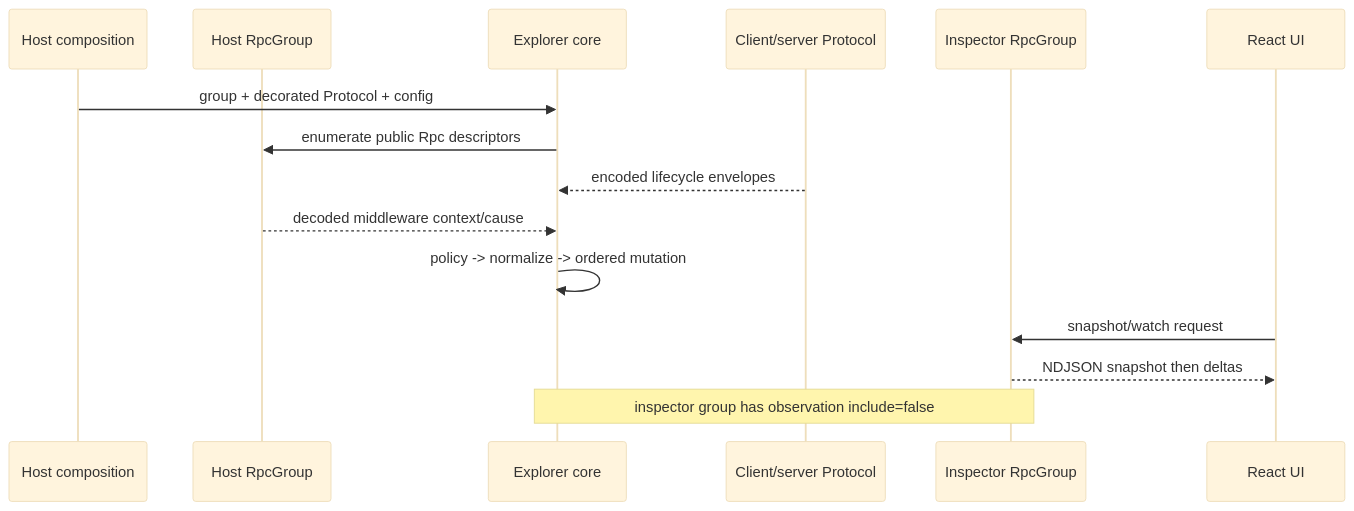
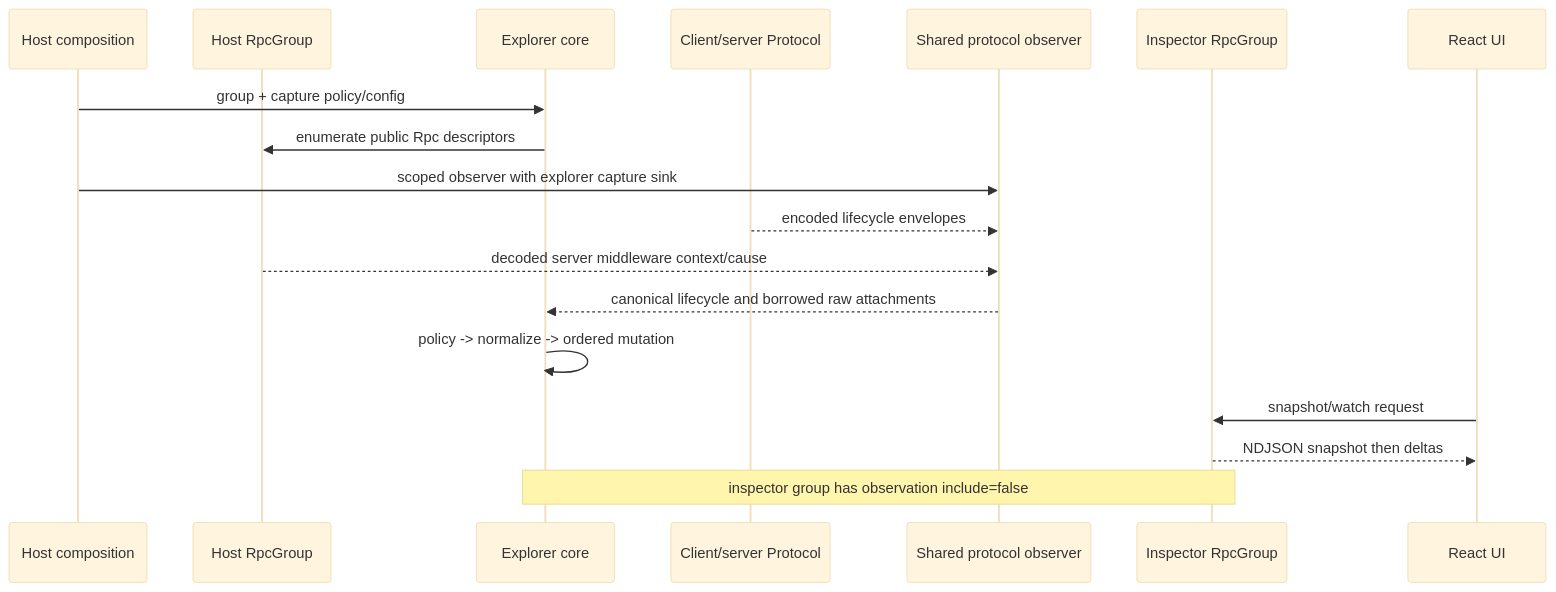
One commit to overengineeringstudio/effect-utils changed the diagram in context/effect-rpc-explorer/spec.md. Above: the diagram before and after it, drawn with Mermaid (base theme). The commit also changed other lines of this file and 161 other files, not shown here.

````diff
--- a/context/effect-rpc-explorer/spec.md
+++ b/context/effect-rpc-explorer/spec.md
@@ -65,17 +68,20 @@
 ```mermaid
 sequenceDiagram
   participant H as Host composition
   participant G as Host RpcGroup
   participant C as Explorer core
   participant P as Client/server Protocol
+  participant O as Shared protocol observer
   participant I as Inspector RpcGroup
   participant U as React UI
-  H->>C: group + decorated Protocol + config
+  H->>C: group + capture policy/config
   C->>G: enumerate public Rpc descriptors
-  P-->>C: encoded lifecycle envelopes
-  G-->>C: decoded middleware context/cause
+  H->>O: scoped observer with explorer capture sink
+  P-->>O: encoded lifecycle envelopes
+  G-->>O: decoded server middleware context/cause
+  O-->>C: canonical lifecycle and borrowed raw attachments
   C->>C: policy -> normalize -> ordered mutation
   U->>I: snapshot/watch request
   I-->>U: NDJSON snapshot then deltas
   Note over C,I: inspector group has observation include=false
 ```
````
